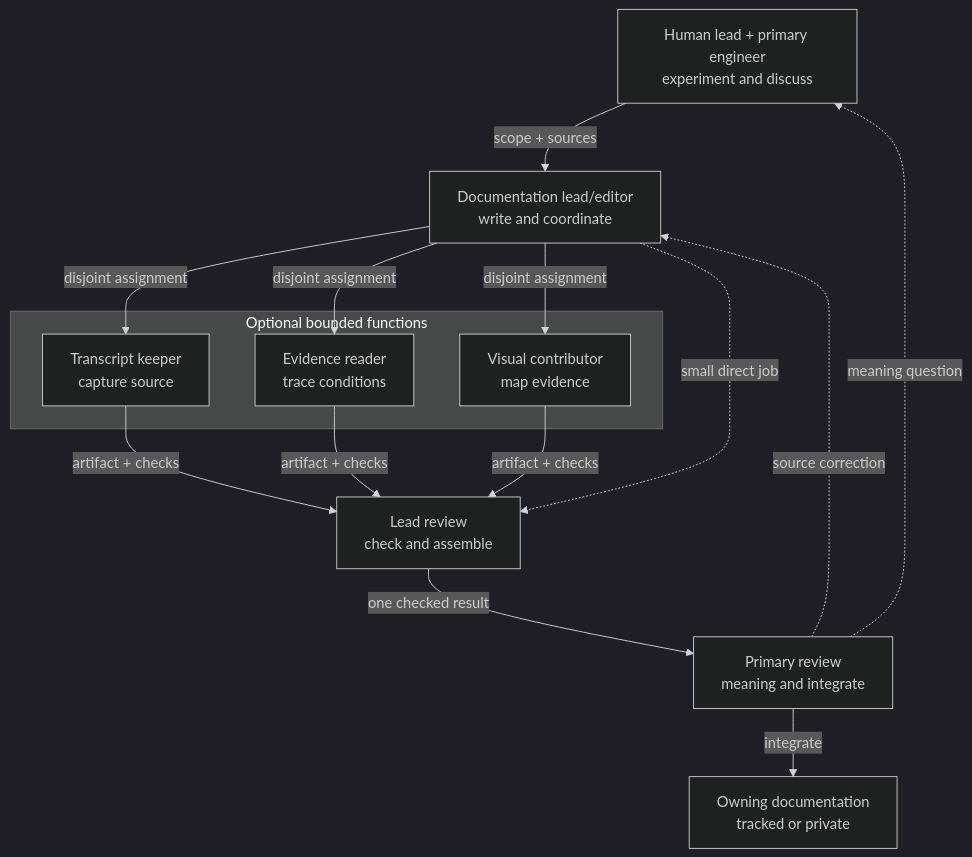
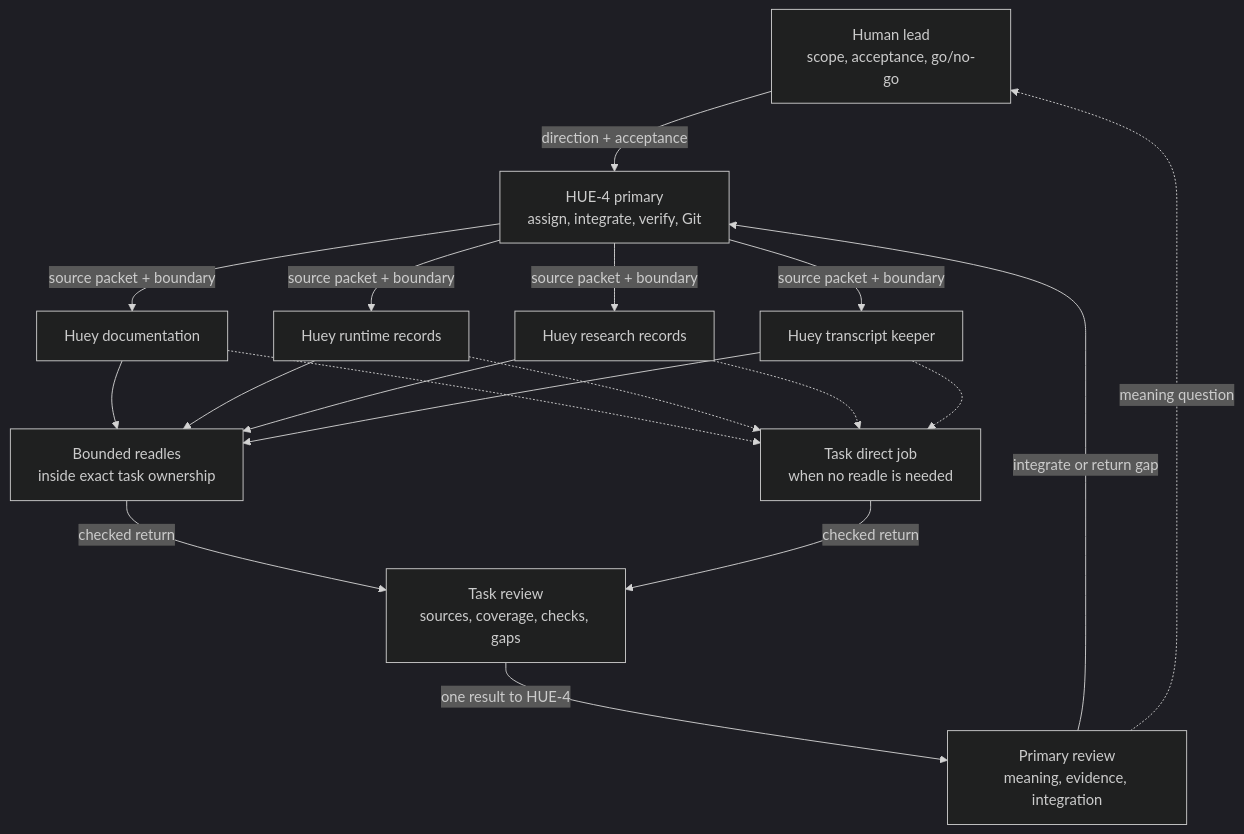
One commit to tryskian/huemiliator changed the diagram in docs/diagrams/COLLABORATION.md. Above: the diagram before and after it, drawn with Mermaid (dark theme). The commit also changed other lines of this file and 27 other files, not shown here.

````diff
--- a/docs/diagrams/COLLABORATION.md
+++ b/docs/diagrams/COLLABORATION.md
@@ -10,28 +10,31 @@
 ```mermaid
 flowchart TD
-  A["Human lead + primary engineer<br/>experiment and discuss"]
-  L["Documentation lead/editor<br/>write and coordinate"]
-  T["Transcript keeper<br/>capture source"]
-  E["Evidence reader<br/>trace conditions"]
-  V["Visual contributor<br/>map evidence"]
-  R["Lead review<br/>check and assemble"]
-  P["Primary review<br/>meaning and integrate"]
-  D["Owning documentation<br/>tracked or private"]
-  A -->|"scope + sources"| L
-  subgraph OPTIONAL["Optional bounded functions"]
-    T
-    E
-    V
-  end
-  L -->|"disjoint assignment"| T
-  L -->|"disjoint assignment"| E
-  L -->|"disjoint assignment"| V
-  T -->|"artifact + checks"| R
-  E -->|"artifact + checks"| R
-  V -->|"artifact + checks"| R
-  L -.->|"small direct job"| R
-  R -->|"one checked result"| P
-  P -->|"integrate"| D
-  P -.->|"source correction"| L
-  P -.->|"meaning question"| A
+  H["Human lead<br/>scope, acceptance, go/no-go"]
+  P["HUE-4 primary<br/>assign, integrate, verify, Git"]
+  D["Huey documentation"]
+  R["Huey runtime records"]
+  S["Huey research records"]
+  T["Huey transcript keeper"]
+  B["Bounded readles<br/>inside exact task ownership"]
+  J["Task direct job<br/>when no readle is needed"]
+  Q["Task review<br/>sources, coverage, checks, gaps"]
+  I["Primary review<br/>meaning, evidence, integration"]
+  H -->|"direction + acceptance"| P
+  P -->|"source packet + boundary"| D
+  P -->|"source packet + boundary"| R
+  P -->|"source packet + boundary"| S
+  P -->|"source packet + boundary"| T
+  D --> B
+  R --> B
+  S --> B
+  T --> B
+  B -->|"checked return"| Q
+  D -.-> J
+  R -.-> J
+  S -.-> J
+  T -.-> J
+  J -->|"checked return"| Q
+  Q -->|"one result to HUE-4"| I
+  I -->|"integrate or return gap"| P
+  I -.->|"meaning question"| H
 ```
````
